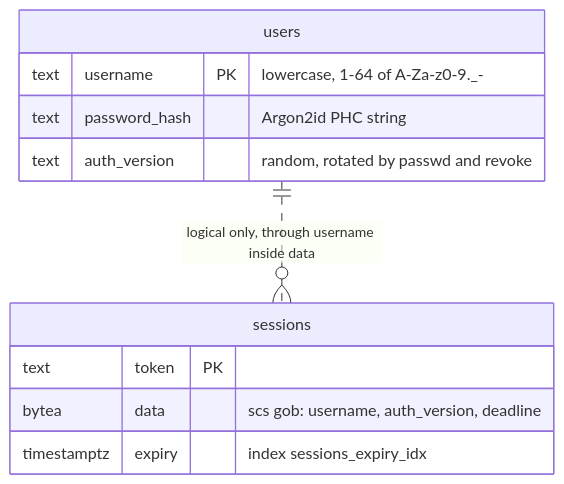
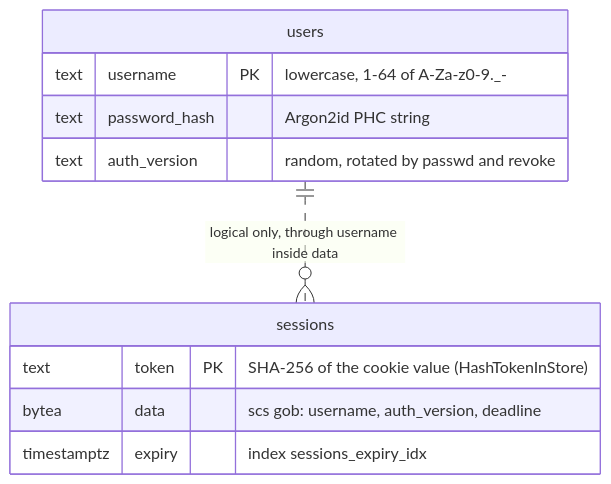
The first of 7 diagrams in docs/staff-auth.md (devGabriel131/ProjectHermes), drawn with Mermaid before and after one commit. The commit also changed other lines of this file and 27 other files, not shown here.

````diff
--- a/docs/staff-auth.md
+++ b/docs/staff-auth.md
@@ -19,14 +19,14 @@
 ```mermaid
 erDiagram
     users {
         text username PK "lowercase, 1-64 of A-Za-z0-9._-"
         text password_hash "Argon2id PHC string"
         text auth_version "random, rotated by passwd and revoke"
     }
     sessions {
-        text token PK
+        text token PK "SHA-256 of the cookie value (HashTokenInStore)"
         bytea data "scs gob: username, auth_version, deadline"
         timestamptz expiry "index sessions_expiry_idx"
     }
     users ||..o{ sessions : "logical only, through username inside data"
 ```
````
